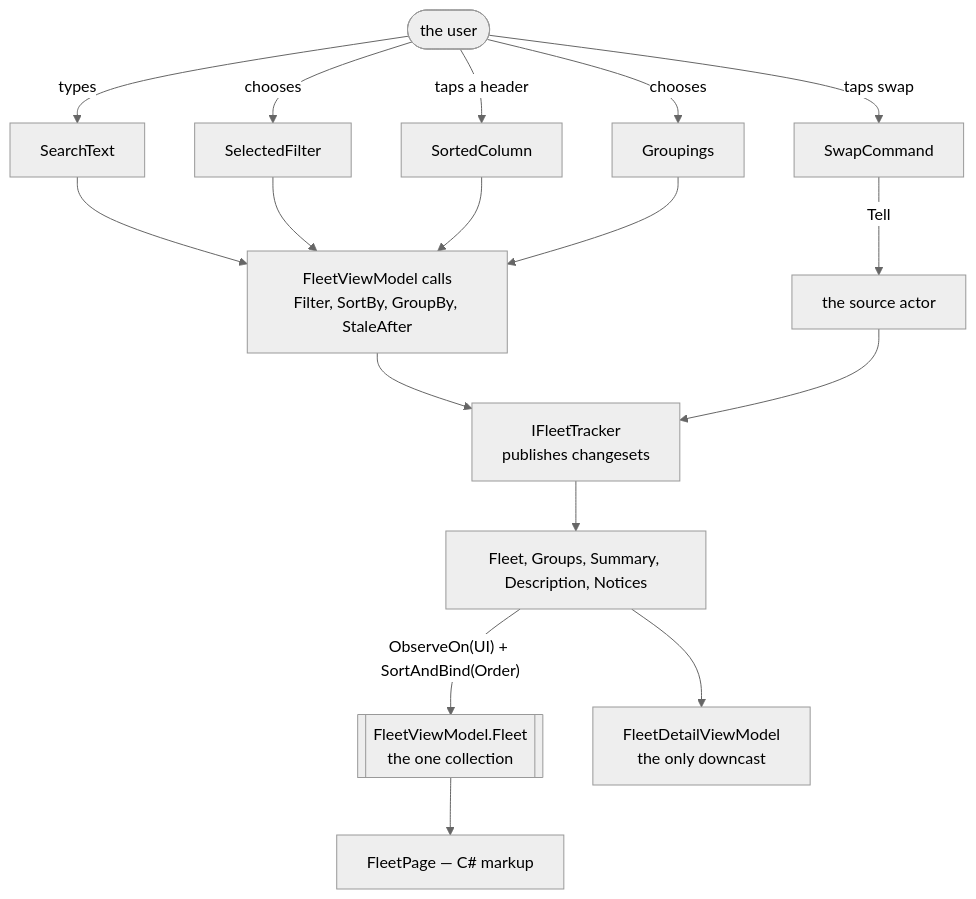
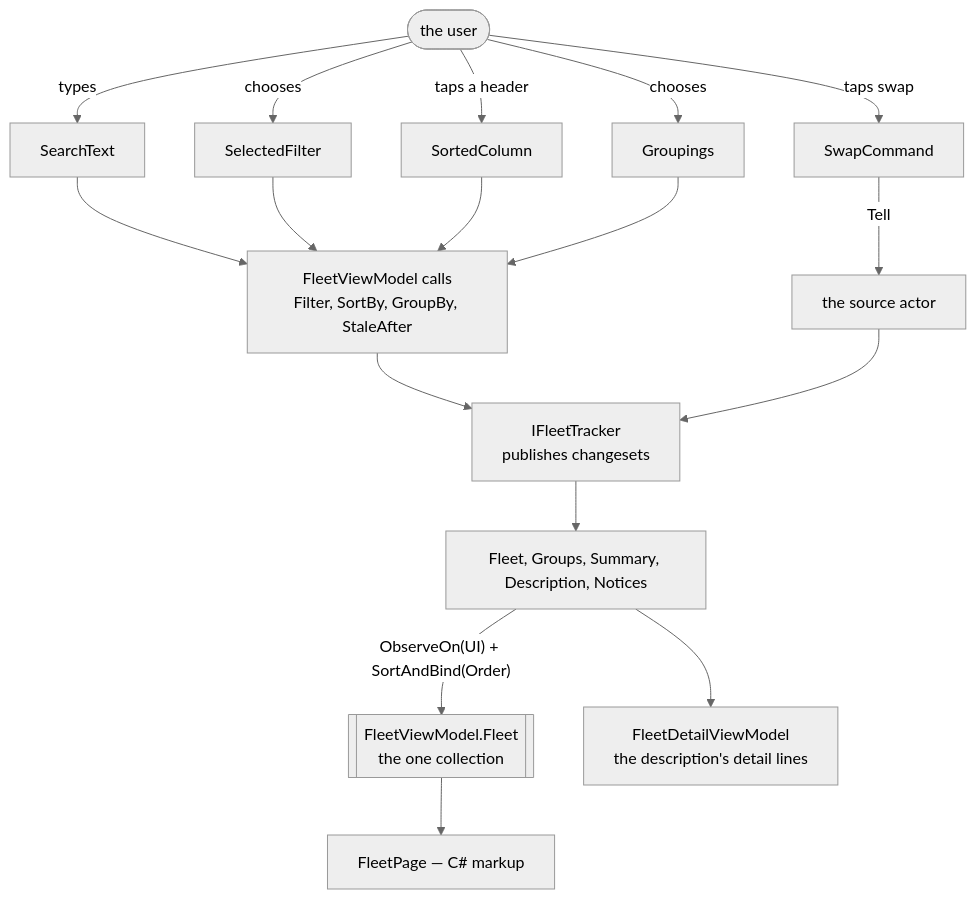
The first of 3 diagrams in src/Transponder/Features/Fleet/.spec/README.md (RLittlesII/Transporter), drawn with Mermaid (neutral theme) before and after one commit. The commit also changed other lines of this file and 25 other files, not shown here.

````diff
--- a/src/Transponder/Features/Fleet/.spec/README.md
+++ b/src/Transponder/Features/Fleet/.spec/README.md
@@ -284,20 +295,20 @@
 ```mermaid
 flowchart TD
     user([the user])
     user -->|types| search["SearchText"]
     user -->|chooses| filter["SelectedFilter"]
     user -->|taps a header| sortedColumn["SortedColumn"]
     user -->|chooses| grouping["Groupings"]
     user -->|taps swap| command["SwapCommand"]
     search --> query
     filter --> query
     sortedColumn --> query
     grouping --> query
     query["FleetViewModel calls<br/>Filter, SortBy, GroupBy, StaleAfter"] --> tracker
     command -->|Tell| actor["the source actor"]
     actor --> tracker
     tracker["IFleetTracker<br/>publishes changesets"] --> streams["Fleet, Groups, Summary, Description, Notices"]
     streams -->|"ObserveOn(UI) + SortAndBind(Order)"| bound[["FleetViewModel.Fleet<br/>the one collection"]]
     bound --> page["FleetPage — C# markup"]
-    streams --> detail["FleetDetailViewModel<br/>the only downcast"]
+    streams --> detail["FleetDetailViewModel<br/>the description's detail lines"]
 ```
````
